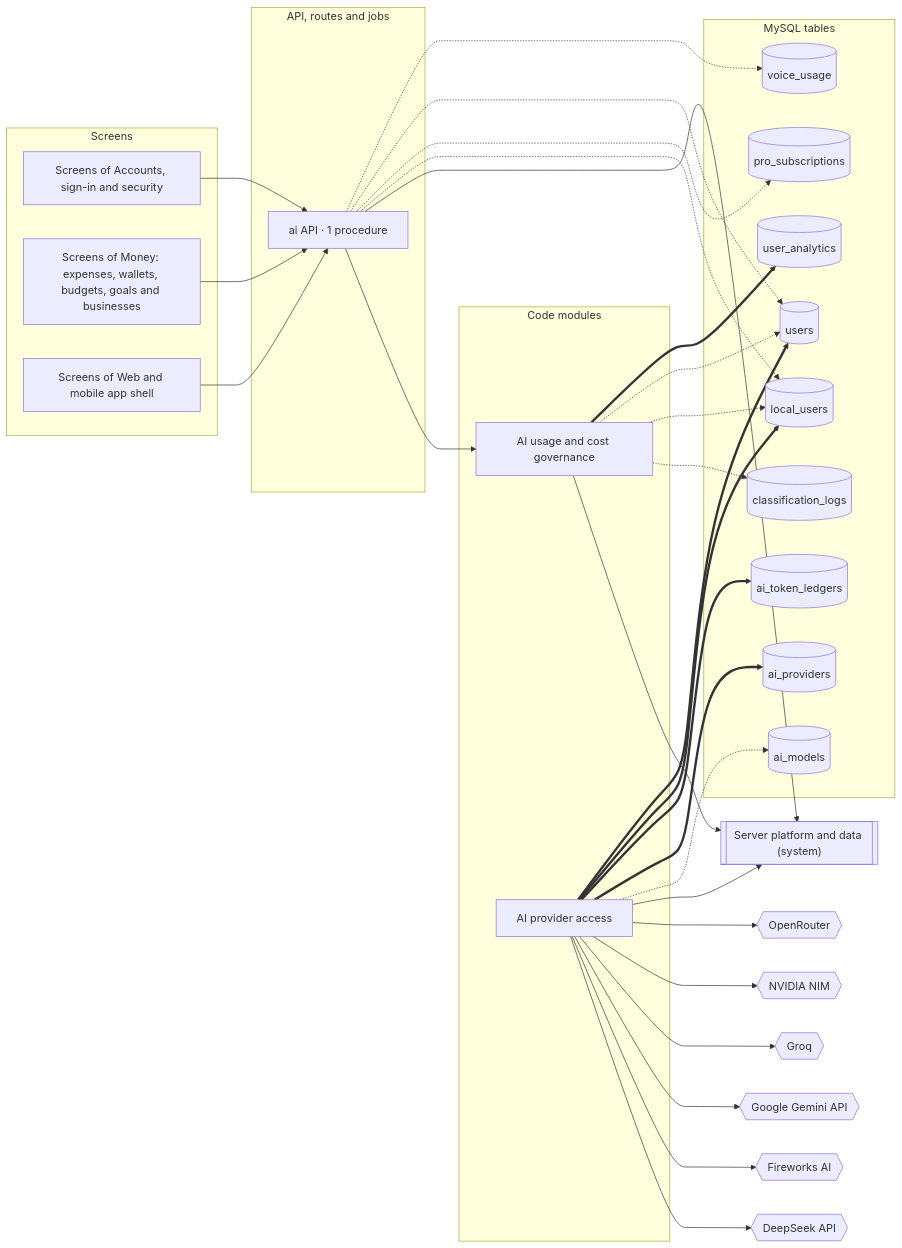
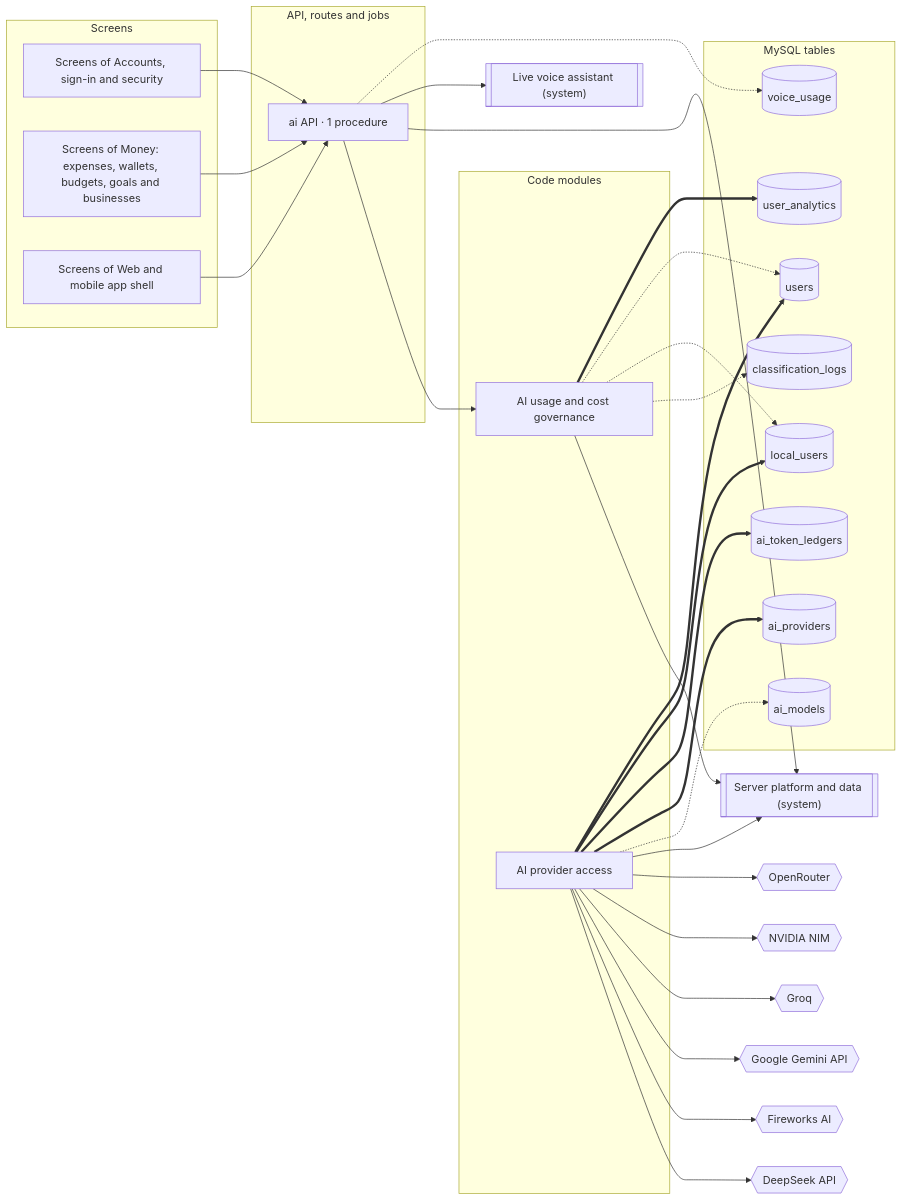
One commit to mahmoudtaherr111/smartspend_mini_all changed the diagram in docs/atlas/systems/ai-platform.md. Above: the diagram before and after it, drawn with Mermaid. The commit also changed other lines of this file and 16 other files, not shown here.

````diff
--- a/docs/atlas/systems/ai-platform.md
+++ b/docs/atlas/systems/ai-platform.md
@@ -13,59 +13,57 @@
 ```mermaid
 flowchart LR
   subgraph g_screens["Screens"]
     screens_accounts["Screens of Accounts, sign-in and security"]
     screens_money["Screens of Money: expenses, wallets, budgets, goals and businesses"]
     screens_web_app["Screens of Web and mobile app shell"]
   end
   subgraph g_api["API, routes and jobs"]
     router_ai["ai API · 1 procedure"]
   end
   subgraph g_modules["Code modules"]
     mod_ai_governance["AI usage and cost governance"]
     mod_ai_providers["AI provider access"]
   end
   subgraph g_tables["MySQL tables"]
     tbl_ai_models[("ai_models")]
     tbl_ai_providers[("ai_providers")]
     tbl_ai_token_ledgers[("ai_token_ledgers")]
     tbl_classification_logs[("classification_logs")]
     tbl_local_users[("local_users")]
-    tbl_pro_subscriptions[("pro_subscriptions")]
     tbl_user_analytics[("user_analytics")]
     tbl_users[("users")]
     tbl_voice_usage[("voice_usage")]
   end
   ext_deepseek{{"DeepSeek API"}}
   ext_fireworks{{"Fireworks AI"}}
   ext_gemini{{"Google Gemini API"}}
   ext_groq{{"Groq"}}
   ext_nvidia{{"NVIDIA NIM"}}
   ext_openrouter{{"OpenRouter"}}
   sys_platform[["Server platform and data (system)"]]
+  sys_voice_calls[["Live voice assistant (system)"]]
   mod_ai_governance --> sys_platform
   mod_ai_governance -.-> tbl_classification_logs
   mod_ai_governance -.-> tbl_local_users
   mod_ai_governance -.-> tbl_users
   mod_ai_governance ==> tbl_user_analytics
   mod_ai_providers --> ext_deepseek
   mod_ai_providers --> ext_fireworks
   mod_ai_providers --> ext_gemini
   mod_ai_providers --> ext_groq
   mod_ai_providers --> ext_nvidia
   mod_ai_providers --> ext_openrouter
   mod_ai_providers --> sys_platform
   mod_ai_providers -.-> tbl_ai_models
   mod_ai_providers ==> tbl_ai_providers
   mod_ai_providers ==> tbl_ai_token_ledgers
   mod_ai_providers ==> tbl_local_users
   mod_ai_providers ==> tbl_users
   router_ai --> mod_ai_governance
   router_ai --> sys_platform
-  router_ai -.-> tbl_local_users
-  router_ai -.-> tbl_pro_subscriptions
-  router_ai -.-> tbl_users
+  router_ai --> sys_voice_calls
   router_ai -.-> tbl_voice_usage
   screens_accounts --> router_ai
   screens_money --> router_ai
   screens_web_app --> router_ai
 ```
````
